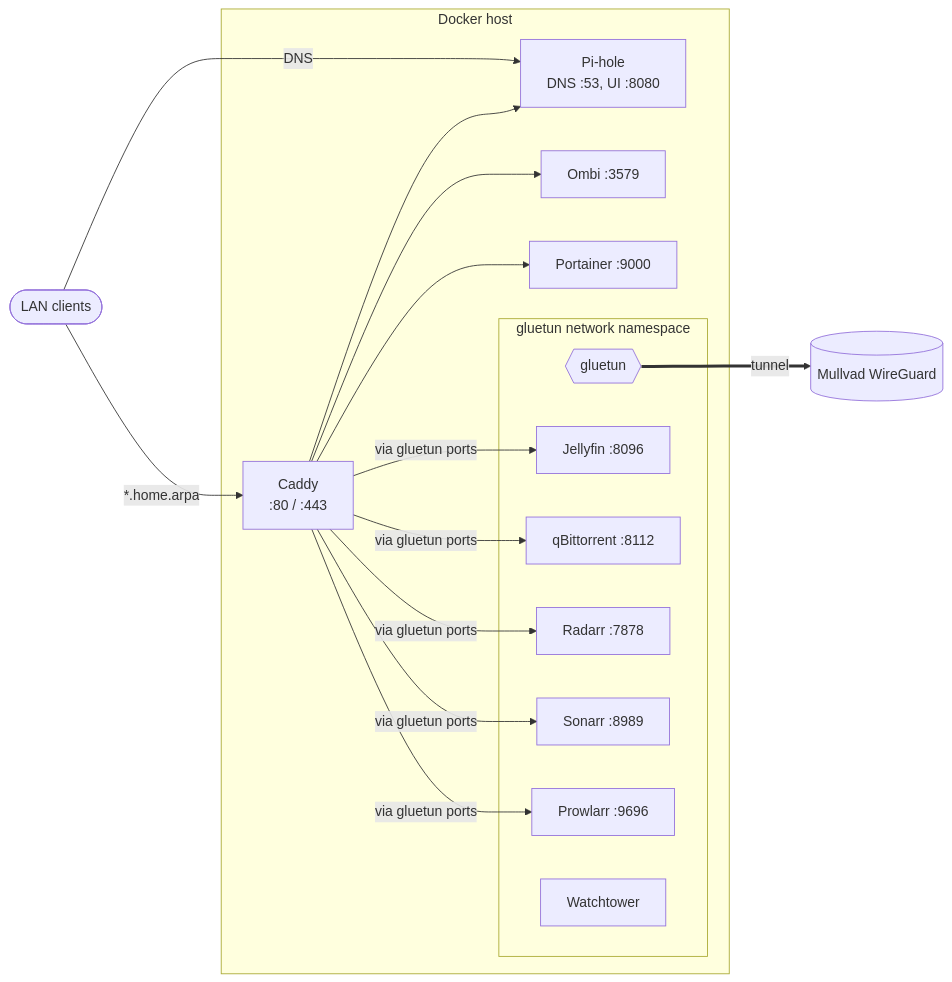
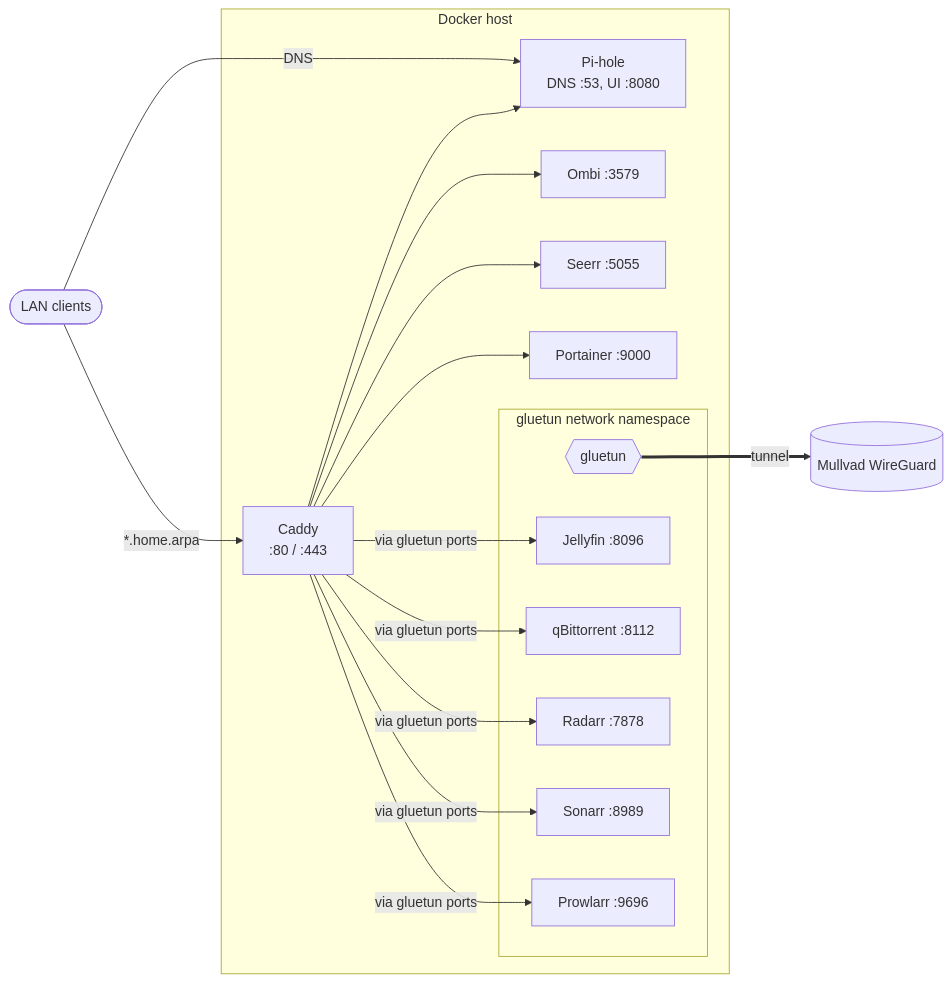
Before and after one commit to jonnynabors/docker: the diagram in README.md, drawn with Mermaid. The commit also changed other lines of this file and 4 other files, not shown here.

````diff
--- a/README.md
+++ b/README.md
@@ -7,30 +7,31 @@
 ```mermaid
 flowchart LR
     LAN([LAN clients])
     Mullvad[(Mullvad WireGuard)]
 
     subgraph host[Docker host]
         pihole[Pi-hole<br/>DNS :53, UI :8080]
         caddy[Caddy<br/>:80 / :443]
         ombi[Ombi :3579]
+        seerr[Seerr :5055]
         portainer[Portainer :9000]
 
         subgraph vpn[gluetun network namespace]
             gluetun{{gluetun}}
             jellyfin[Jellyfin :8096]
             qbit[qBittorrent :8112]
             radarr[Radarr :7878]
             sonarr[Sonarr :8989]
             prowlarr[Prowlarr :9696]
-            watchtower[Watchtower]
         end
     end
 
     LAN -- DNS --> pihole
     LAN -- "*.home.arpa" --> caddy
     caddy --> pihole
     caddy --> ombi
+    caddy --> seerr
     caddy --> portainer
     caddy -- via gluetun ports --> jellyfin & qbit & radarr & sonarr & prowlarr
     gluetun == tunnel ==> Mullvad
 ```
````
